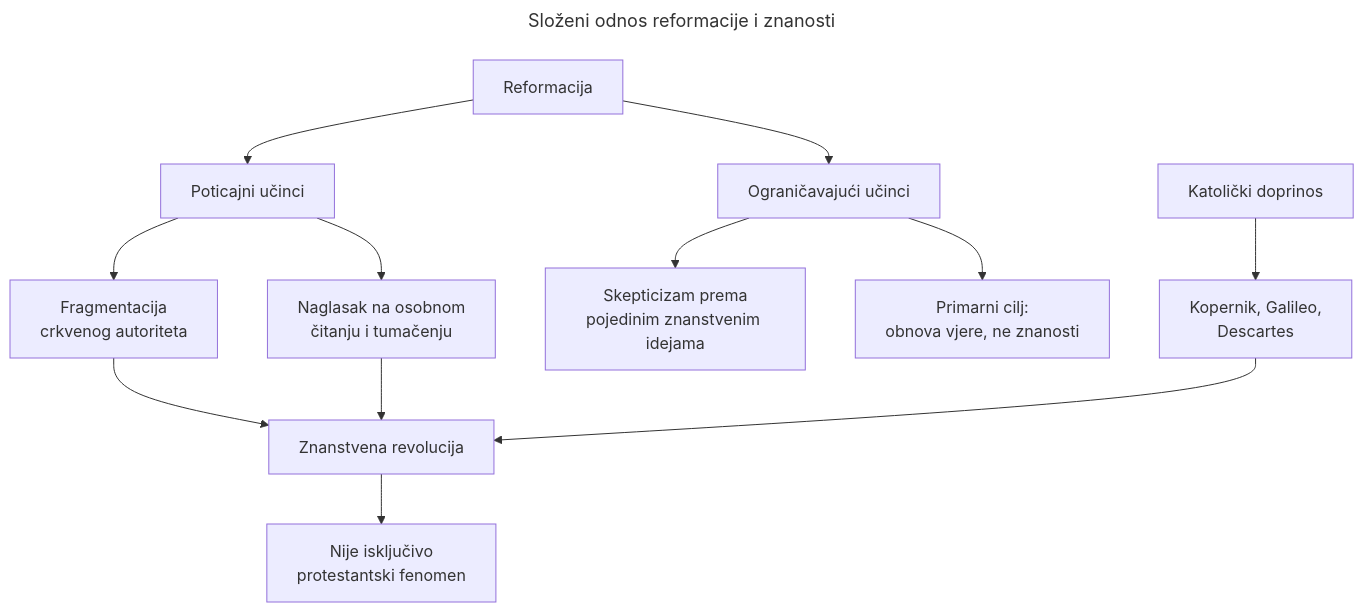
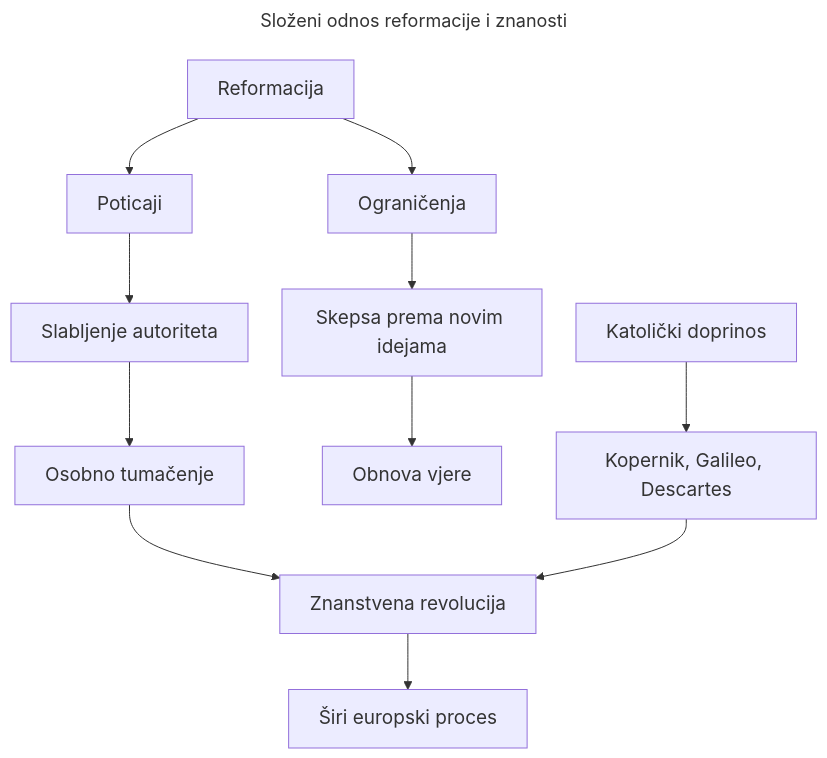
Before and after one commit to bperak/komunikacija_u_doba_ai: the diagram in docs/diagrams/ch02_reformacija_znanost.mmd, drawn with Mermaid. The commit also changed 1008 other files, not shown here.

Commit message:
Finalize book layout, diagrams, and manuscript cleanup

```diff
--- a/docs/diagrams/ch02_reformacija_znanost.mmd
+++ b/docs/diagrams/ch02_reformacija_znanost.mmd
@@ -1,19 +1,18 @@
 ---
 title: Složeni odnos reformacije i znanosti
 ---
+%%{init: {'themeVariables': {'fontSize': '19px'}, 'flowchart': {'nodeSpacing': 34, 'rankSpacing': 56}}}%%
 flowchart TD
-    R["Reformacija"] --> P["Poticajni učinci"]
-    R --> S["Ograničavajući učinci"]
+    R[Reformacija] --> P[Poticaji]
+    P --> P1[Slabljenje autoriteta]
+    P1 --> P2[Osobno tumačenje]
+    P2 --> Z[Znanstvena revolucija]
 
-    P --> P1["Fragmentacija<br>crkvenog autoriteta"]
-    P --> P2["Naglasak na osobnom<br>čitanju i tumačenju"]
-    P1 --> Z["Znanstvena revolucija"]
-    P2 --> Z
+    R --> S[Ograničenja]
+    S --> S1[Skepsa prema novim idejama]
+    S1 --> S2[Obnova vjere]
 
-    S --> S1["Skepticizam prema<br>pojedinim znanstvenim idejama"]
-    S --> S2["Primarni cilj:<br>obnova vjere, ne znanosti"]
-
-    K["Katolički doprinos"] --> K1["Kopernik, Galileo,<br>Descartes"]
+    K[Katolički doprinos] --> K1[Kopernik, Galileo, Descartes]
     K1 --> Z
 
-    Z --> ZZ["Nije isključivo<br>protestantski fenomen"]
+    Z --> ZZ[Širi europski proces]
```
